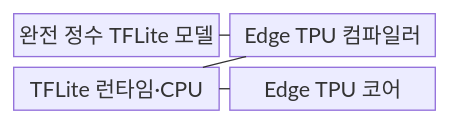
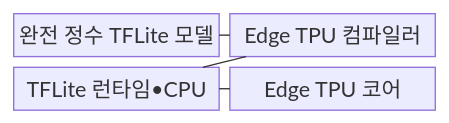
Before and after one commit to agnusdei1207/knowledge-base: the first of 2 diagrams in src/content/docs/notes/02-hardware/045_edge_tpu.md, drawn with Mermaid. The commit also changed other lines of this file and 953 other files, not shown here.

````diff
--- a/src/content/docs/notes/02-hardware/045_edge_tpu.md
+++ b/src/content/docs/notes/02-hardware/045_edge_tpu.md
@@ -67,11 +67,11 @@
 ```mermaid
 block
     columns 2
     M["완전 정수 TFLite 모델"]
     C["Edge TPU 컴파일러"]
-    H["TFLite 런타임·CPU"]
+    H["TFLite 런타임•CPU"]
     E["Edge TPU 코어"]
     M --- C
     C --- H
     H --- E
 ```
````
